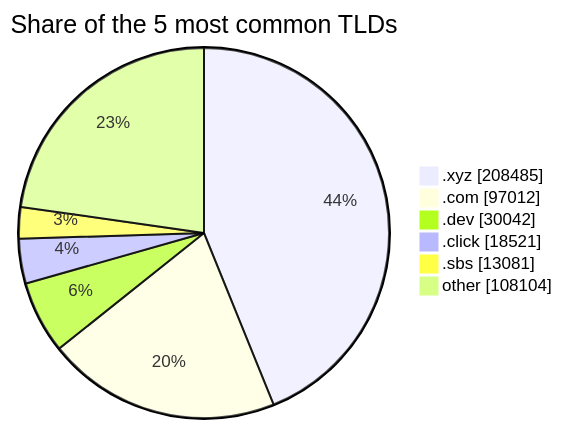
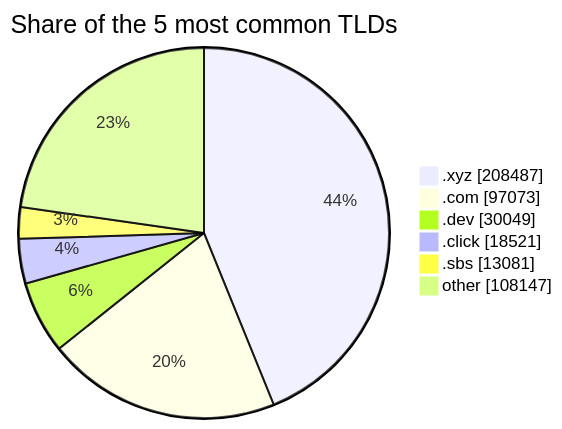
The third of 3 diagrams in README.md (DNSBunker/CTI), drawn with Mermaid before and after one commit. The commit also changed other lines of this file and 3 other files, not shown here.

````diff
--- a/README.md
+++ b/README.md
@@ -81,9 +81,9 @@
 ```mermaid
 pie showData title Share of the 5 most common TLDs
-    ".xyz" : 208485
-    ".com" : 97012
-    ".dev" : 30042
+    ".xyz" : 208487
+    ".com" : 97073
+    ".dev" : 30049
     ".click" : 18521
     ".sbs" : 13081
-    "other" : 108104
+    "other" : 108147
 ```
````
